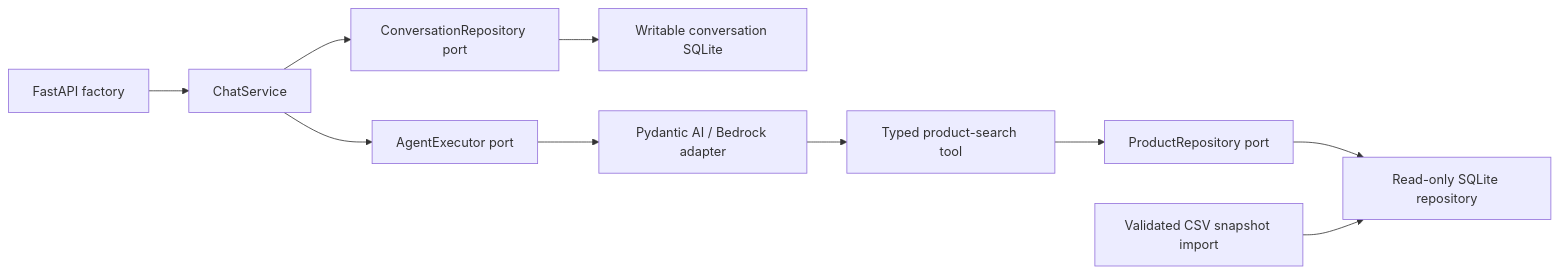
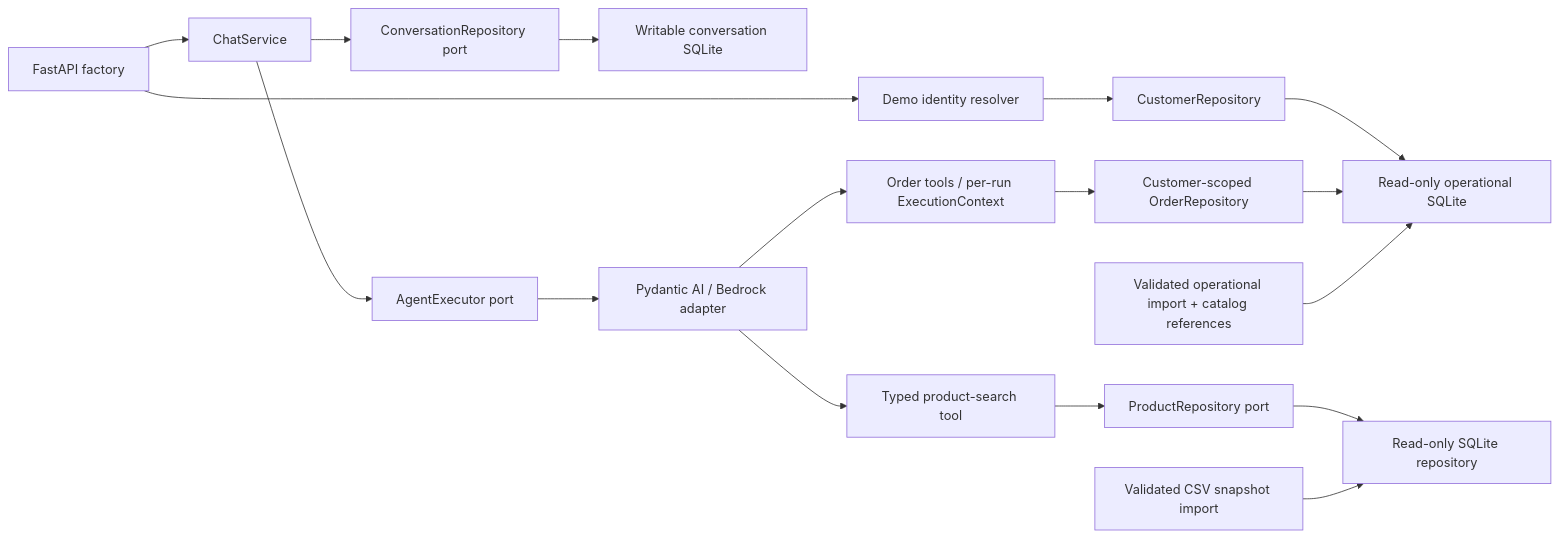
The diagram in docs/architecture.md (rafaself/atf-ai-engineer-challenge), drawn with Mermaid before and after one commit. The commit also changed other lines of this file and 12 other files, not shown here.

````diff
--- a/docs/architecture.md
+++ b/docs/architecture.md
@@ -6,12 +6,19 @@
 ```mermaid
 flowchart LR
-    HTTP[FastAPI factory] --> Service[ChatService]
+    HTTP[FastAPI factory] --> Identity[Demo identity resolver]
+    Identity --> Customers[CustomerRepository]
+    Customers --> Operations[Read-only operational SQLite]
+    HTTP --> Service[ChatService]
     Service --> Executor[AgentExecutor port]
     Service --> History[ConversationRepository port]
     History --> Sessions[Writable conversation SQLite]
     Executor --> Adapter[Pydantic AI / Bedrock adapter]
     Adapter --> Tool[Typed product-search tool]
+    Adapter --> Orders[Order tools / per-run ExecutionContext]
+    Orders --> OrderPort[Customer-scoped OrderRepository]
+    OrderPort --> Operations
+    OperationalCSV[Validated operational import + catalog references] --> Operations
     Tool --> Port[ProductRepository port]
     Port --> SQLite[Read-only SQLite repository]
     CSV[Validated CSV snapshot import] --> SQLite
 ```
````
